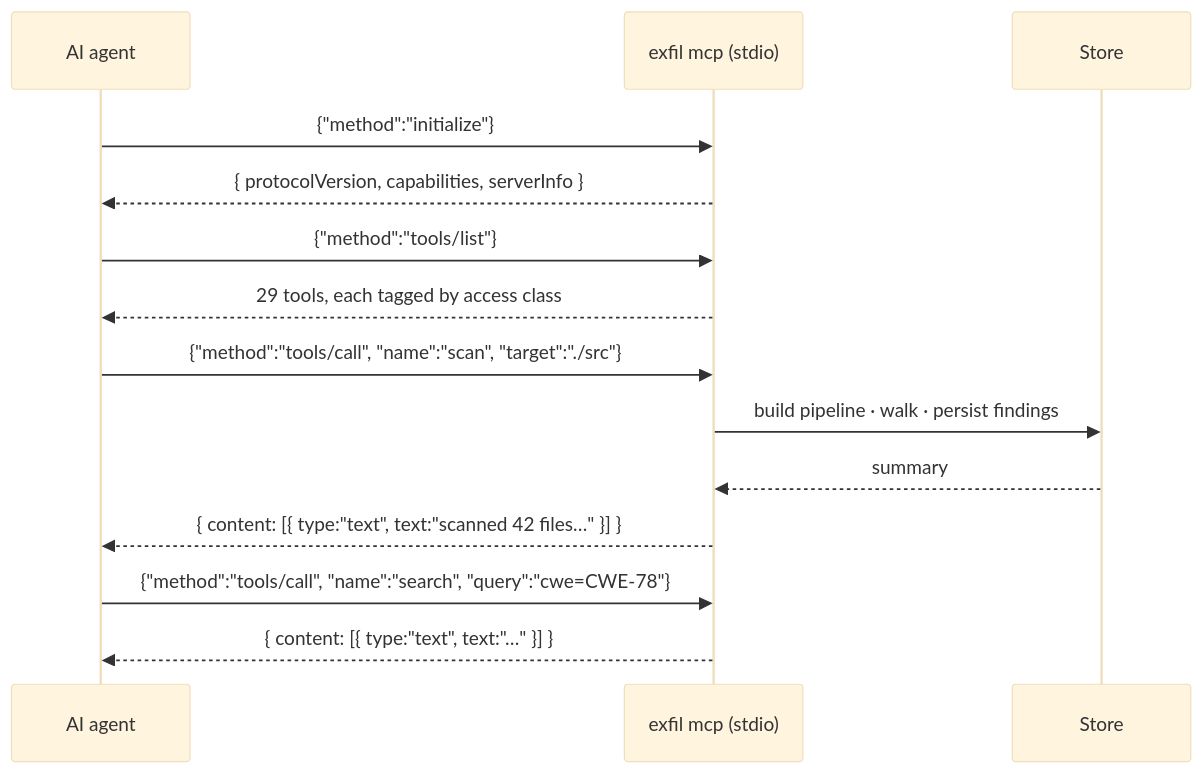
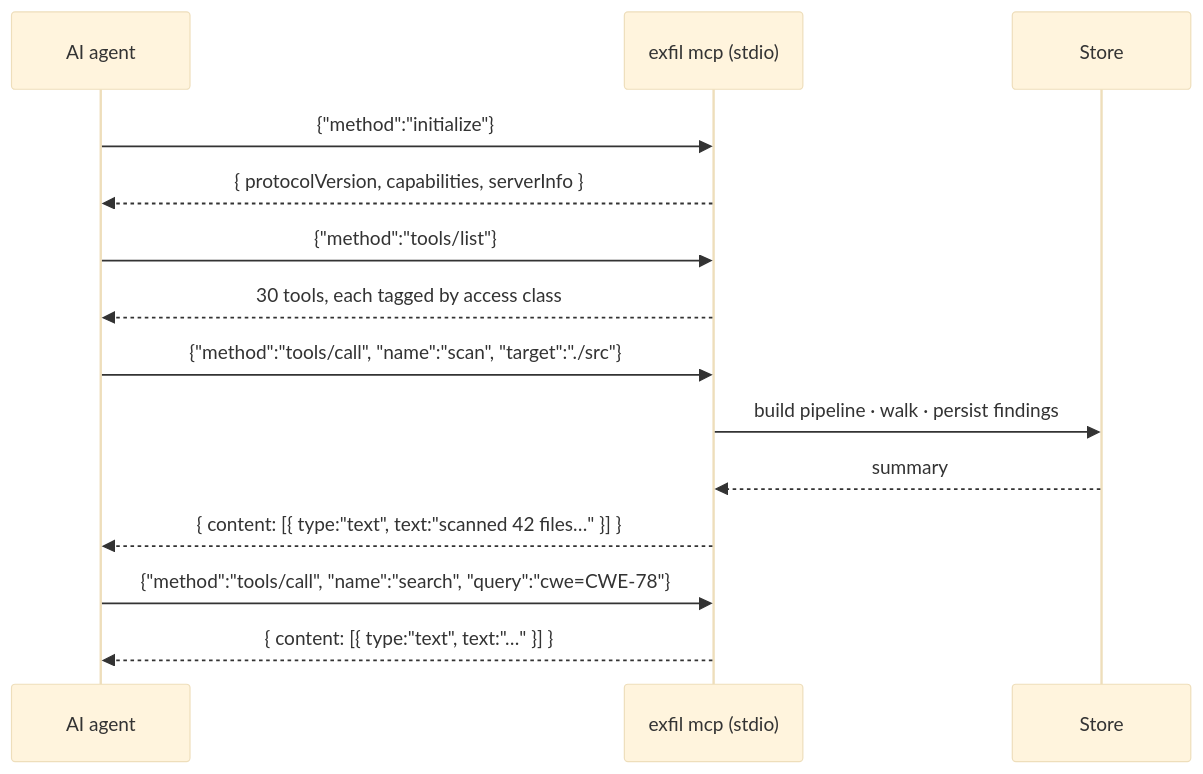
The first of 6 diagrams in docs/src/architecture/integrations.md (rangertaha/exfil), drawn with Mermaid (base theme) before and after one commit. The commit also changed other lines of this file and 11 other files, not shown here.

````diff
--- a/docs/src/architecture/integrations.md
+++ b/docs/src/architecture/integrations.md
@@ -29,16 +29,16 @@
 ```mermaid
 sequenceDiagram
     participant A as AI agent
     participant S as exfil mcp (stdio)
     participant DB as Store
     A->>S: {"method":"initialize"}
     S-->>A: { protocolVersion, capabilities, serverInfo }
     A->>S: {"method":"tools/list"}
-    S-->>A: 29 tools, each tagged by access class
+    S-->>A: 30 tools, each tagged by access class
     A->>S: {"method":"tools/call", "name":"scan", "target":"./src"}
     S->>DB: build pipeline · walk · persist findings
     DB-->>S: summary
     S-->>A: { content: [{ type:"text", text:"scanned 42 files…" }] }
     A->>S: {"method":"tools/call", "name":"search", "query":"cwe=CWE-78"}
     S-->>A: { content: [{ type:"text", text:"…" }] }
 ```
````
